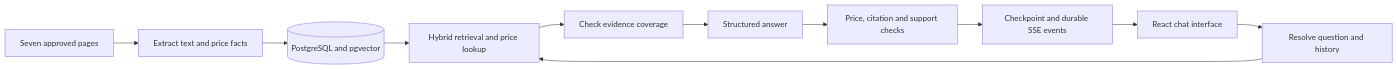
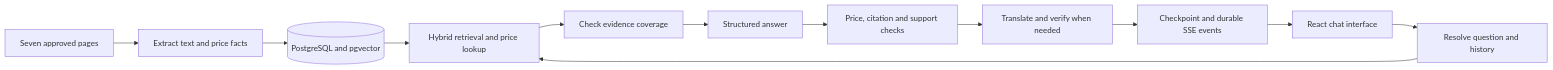
One commit to indrabayuu/placidway-assesment changed the diagram in README.md. Above: the diagram before and after it, drawn with Mermaid. The commit also changed other lines of this file and 17 other files, not shown here.

````diff
--- a/README.md
+++ b/README.md
@@ -49,13 +49,14 @@
 ```mermaid
 flowchart LR
   Sources[Seven approved pages] --> Extract[Extract text and price facts]
   Extract --> DB[(PostgreSQL and pgvector)]
   UI[React chat interface] --> Resolve[Resolve question and history]
   Resolve --> Retrieve[Hybrid retrieval and price lookup]
   DB --> Retrieve
   Retrieve --> Coverage[Check evidence coverage]
   Coverage --> Draft[Structured answer]
   Draft --> Validate[Price, citation and support checks]
-  Validate --> Persist[Checkpoint and durable SSE events]
+  Validate --> Localize[Translate and verify when needed]
+  Localize --> Persist[Checkpoint and durable SSE events]
   Persist --> UI
 ```
````
